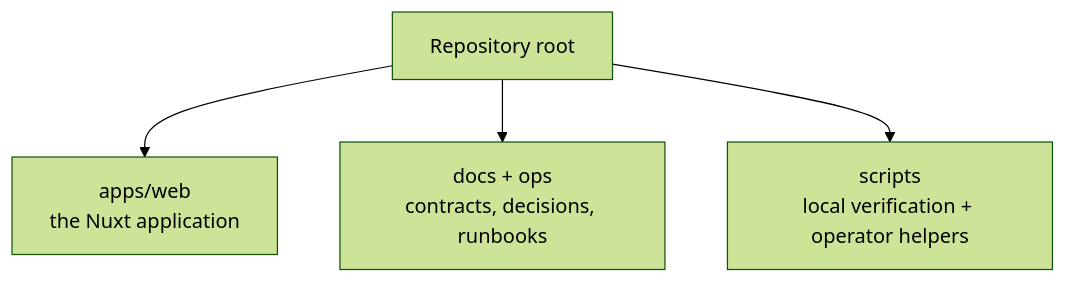
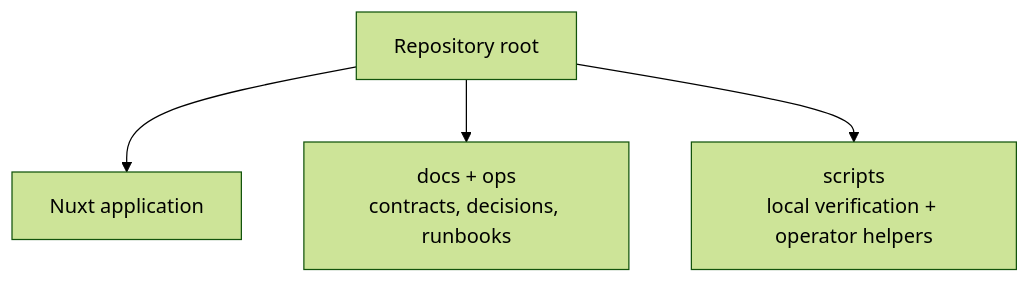
One commit to Working-Class-Unity/Working-Class-Unity changed the third of 55 diagrams in docs/visual-tour-junior.md. Above: the diagram before and after it, drawn with Mermaid (forest theme). The commit also changed other lines of this file and 340 other files, not shown here.

````diff
--- a/docs/visual-tour-junior.md
+++ b/docs/visual-tour-junior.md
@@ -85,6 +85,6 @@
 ```mermaid
 flowchart TD
-  Repo["Repository root"] --> Web["apps/web<br/>the Nuxt application"]
+  Repo["Repository root"] --> Web["Nuxt application"]
   Repo --> Docs["docs + ops<br/>contracts, decisions, runbooks"]
   Repo --> Scripts["scripts<br/>local verification + operator helpers"]
 ```
````
